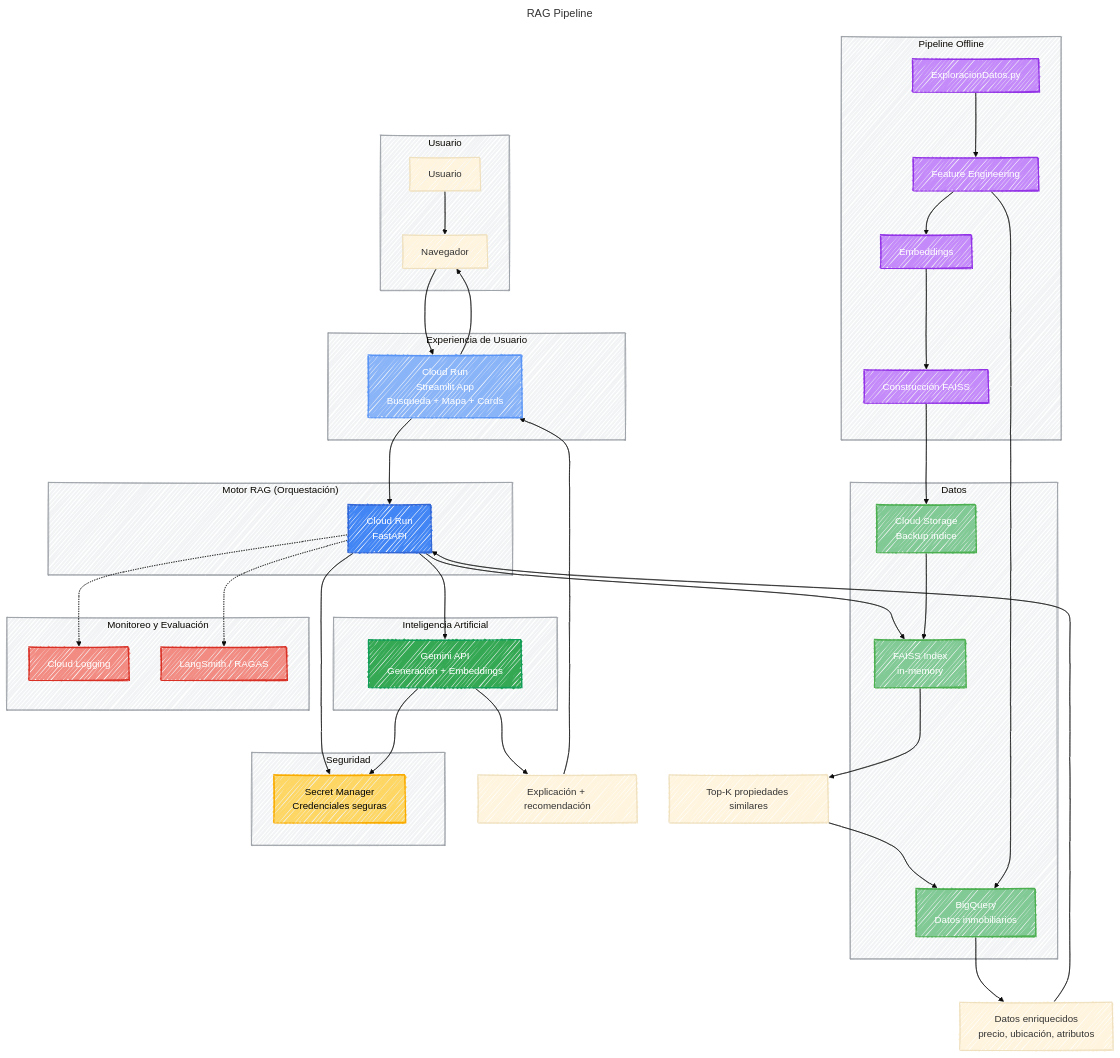
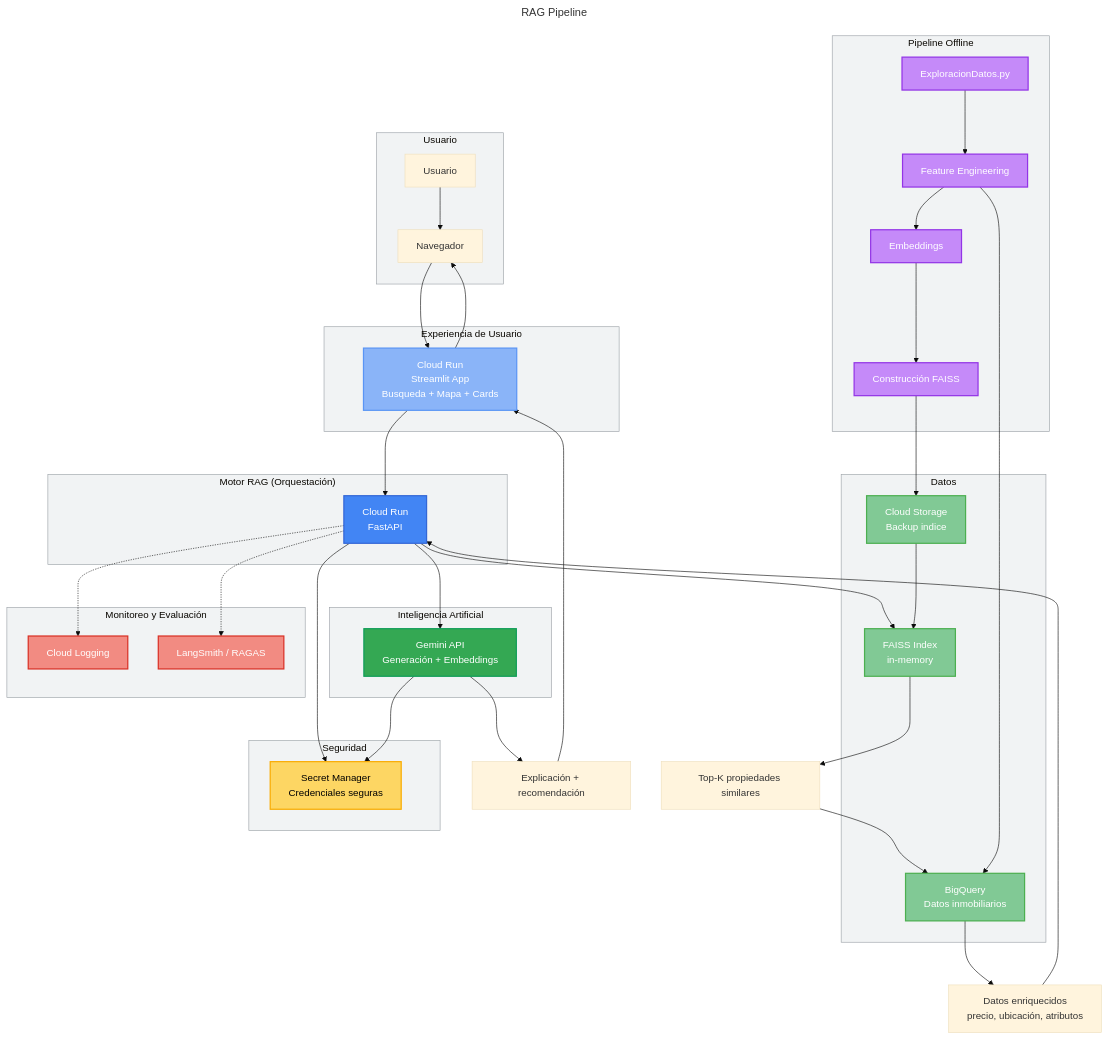
The first of 2 diagrams in README.md (HubertRonald/MIAD-RAG-RealEstate), drawn with Mermaid before and after one commit.

Commit message:
shields sorted

```diff
--- a/README.md
+++ b/README.md
@@ -125,7 +125,6 @@
 ---
 %%{init: {
   "theme": "base",
-  'look':'handDrawn',
   "flowchart": { "curve": "basis", "nodeSpacing": 50, "rankSpacing": 70 }
 }}%%
 flowchart TD
```
